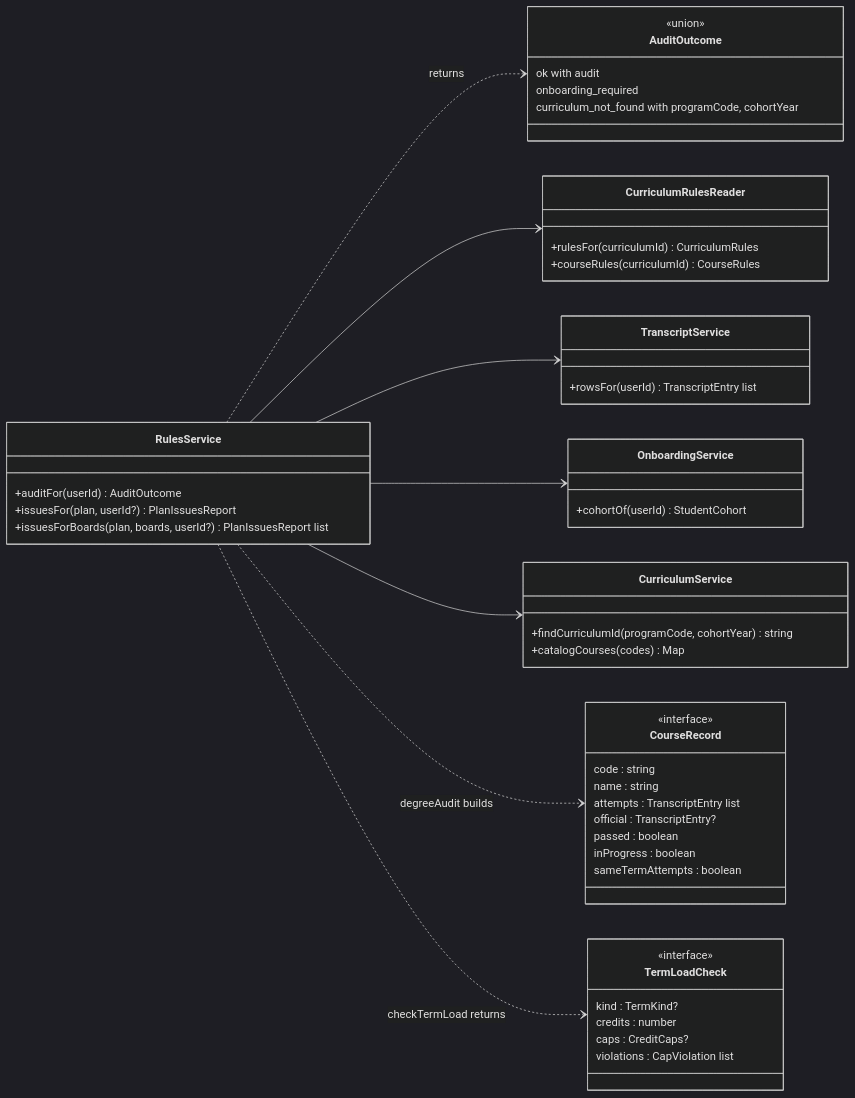
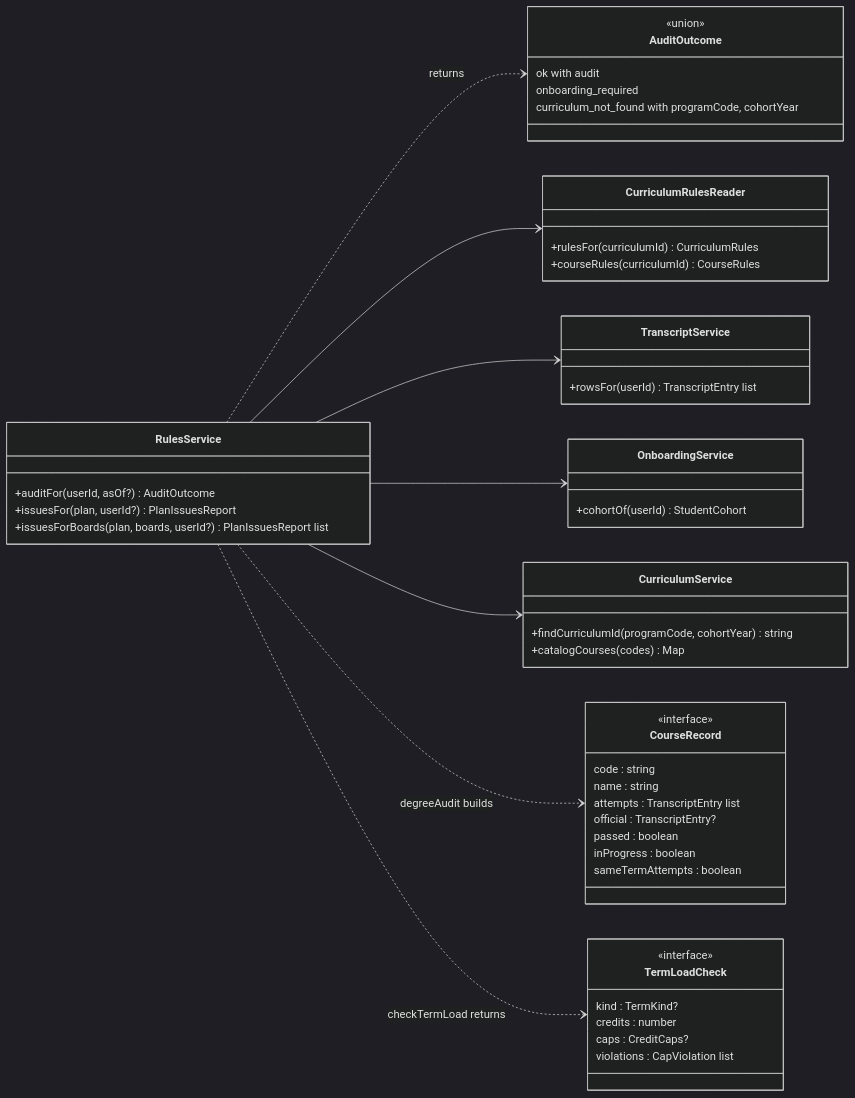
Diagram 11 of 17 in docs/analysis-and-design/class-model.md (LLaammTTeerr/omnicourses), drawn with Mermaid (dark theme) before and after one commit. The commit also changed other lines of this file and 16 other files, not shown here.

````diff
--- a/docs/analysis-and-design/class-model.md
+++ b/docs/analysis-and-design/class-model.md
@@ -782,53 +798,53 @@
 ```mermaid
 classDiagram
     direction LR
     class RulesService {
-        +auditFor(userId) AuditOutcome
+        +auditFor(userId, asOf?) AuditOutcome
         +issuesFor(plan, userId?) PlanIssuesReport
         +issuesForBoards(plan, boards, userId?) PlanIssuesReport list
     }
     class AuditOutcome {
         <<union>>
         ok with audit
         onboarding_required
         curriculum_not_found with programCode, cohortYear
     }
     class CourseRecord {
         <<interface>>
         code : string
         name : string
         attempts : TranscriptEntry list
         official : TranscriptEntry?
         passed : boolean
         inProgress : boolean
         sameTermAttempts : boolean
     }
     class TermLoadCheck {
         <<interface>>
         kind : TermKind?
         credits : number
         caps : CreditCaps?
         violations : CapViolation list
     }
     class CurriculumRulesReader {
         +rulesFor(curriculumId) CurriculumRules
         +courseRules(curriculumId) CourseRules
     }
     class TranscriptService {
         +rowsFor(userId) TranscriptEntry list
     }
     class OnboardingService {
         +cohortOf(userId) StudentCohort
     }
     class CurriculumService {
         +findCurriculumId(programCode, cohortYear) string
         +catalogCourses(codes) Map
     }
     RulesService ..> AuditOutcome : returns
     RulesService --> CurriculumRulesReader
     RulesService --> TranscriptService
     RulesService --> OnboardingService
     RulesService --> CurriculumService
     RulesService ..> CourseRecord : degreeAudit builds
     RulesService ..> TermLoadCheck : checkTermLoad returns
 ```
````
